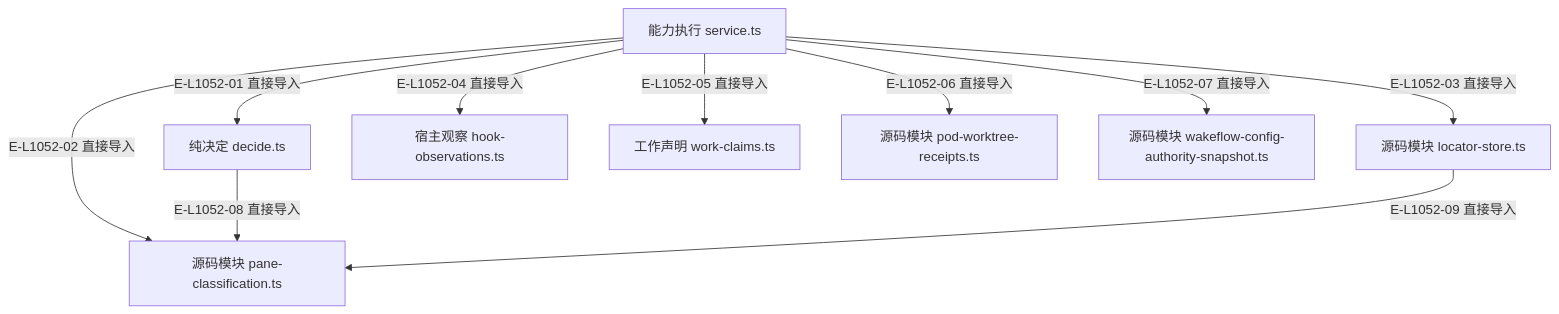
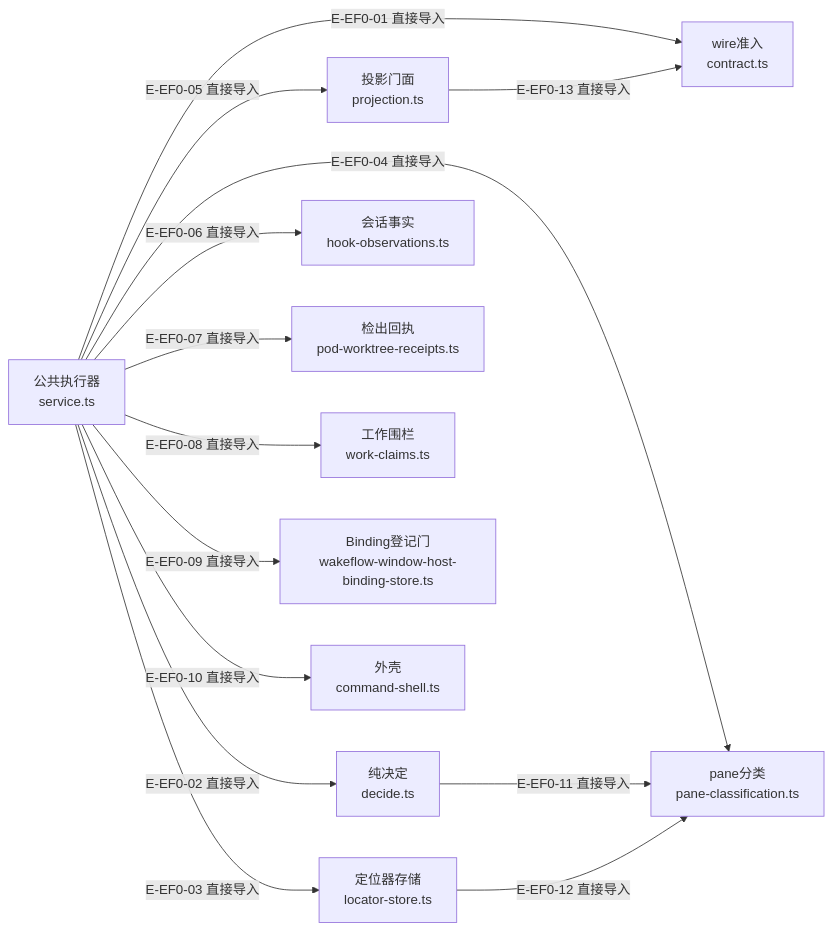
One commit to GxFn/Wakeflow changed the diagram in wakeflow-architecture-atlas/maps/12-endpoint/file-dependencies.md. Above: the diagram before and after it, drawn with Mermaid. The commit also changed other lines of this file and 76 other files, not shown here.

First line of the commit message:
docs(atlas): refresh architecture maps for the rc.5 codebase

````diff
--- a/wakeflow-architecture-atlas/maps/12-endpoint/file-dependencies.md
+++ b/wakeflow-architecture-atlas/maps/12-endpoint/file-dependencies.md
@@ -69,22 +57,29 @@
 ```mermaid
-flowchart TB
-  accTitle: 执行端点的精选直接导入
-  accDescr: 执行端点所列具体文件之间的直接导入，不把静态依赖解释成运行调用。
-  f1["能力执行 service.ts"]
-  f2["纯决定 decide.ts"]
-  f3["源码模块 pane-classification.ts"]
-  f4["源码模块 locator-store.ts"]
-  f5["宿主观察 hook-observations.ts"]
-  f6["工作声明 work-claims.ts"]
-  f7["源码模块 pod-worktree-receipts.ts"]
-  f8["源码模块 wakeflow-config-authority-snapshot.ts"]
-  f1 -->|"E-L1052-01 直接导入"| f2
-  f1 -->|"E-L1052-02 直接导入"| f3
-  f1 -->|"E-L1052-03 直接导入"| f4
-  f1 -->|"E-L1052-04 直接导入"| f5
-  f1 -->|"E-L1052-05 直接导入"| f6
-  f1 -->|"E-L1052-06 直接导入"| f7
-  f1 -->|"E-L1052-07 直接导入"| f8
-  f2 -->|"E-L1052-08 直接导入"| f3
-  f4 -->|"E-L1052-09 直接导入"| f3
+flowchart LR
+  accTitle: 端点：命令、决定与私有记录的静态依赖
+  accDescr: 文件直接import关系的审阅精选视图，运行调用与状态分支在独立页面。
+  f0["公共执行器<br/>service.ts"]
+  f1["wire准入<br/>contract.ts"]
+  f2["纯决定<br/>decide.ts"]
+  f3["定位器存储<br/>locator-store.ts"]
+  f4["pane分类<br/>pane-classification.ts"]
+  f5["投影门面<br/>projection.ts"]
+  f6["会话事实<br/>hook-observations.ts"]
+  f7["检出回执<br/>pod-worktree-receipts.ts"]
+  f8["工作围栏<br/>work-claims.ts"]
+  f9["Binding登记门<br/>wakeflow-window-host-binding-store.ts"]
+  f10["外壳<br/>command-shell.ts"]
+  f0 -->|"E-EF0-01 直接导入"| f1
+  f0 -->|"E-EF0-02 直接导入"| f2
+  f0 -->|"E-EF0-03 直接导入"| f3
+  f0 -->|"E-EF0-04 直接导入"| f4
+  f0 -->|"E-EF0-05 直接导入"| f5
+  f0 -->|"E-EF0-06 直接导入"| f6
+  f0 -->|"E-EF0-07 直接导入"| f7
+  f0 -->|"E-EF0-08 直接导入"| f8
+  f0 -->|"E-EF0-09 直接导入"| f9
+  f0 -->|"E-EF0-10 直接导入"| f10
+  f2 -->|"E-EF0-11 直接导入"| f4
+  f3 -->|"E-EF0-12 直接导入"| f4
+  f5 -->|"E-EF0-13 直接导入"| f1
 ```
````
